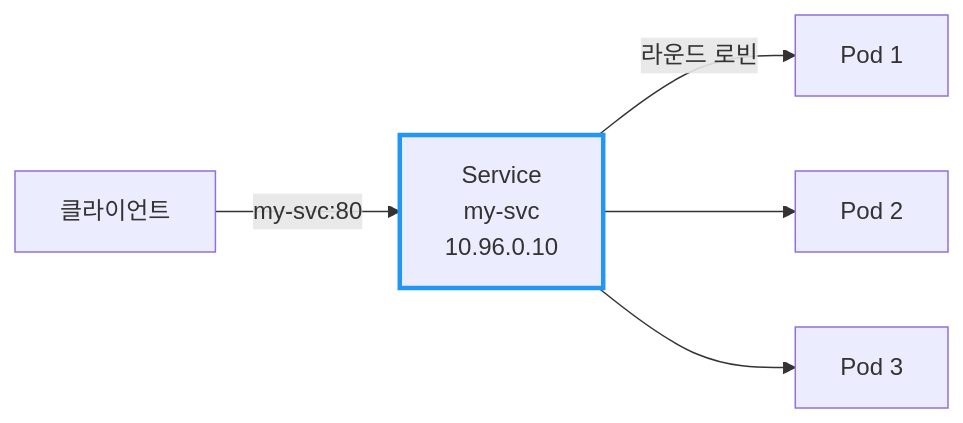
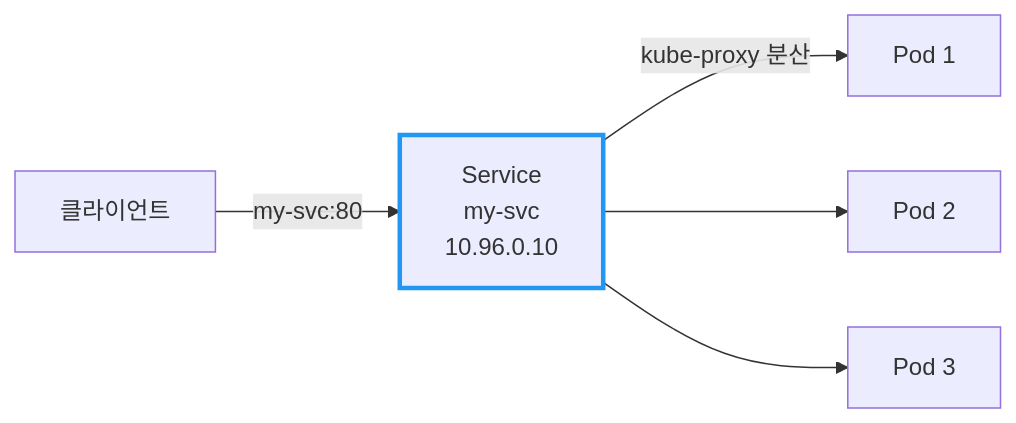
Before and after one commit to sskim91/TIL: the third of 16 diagrams in kubernetes/Kubernetes-Service-ClusterIP-NodePort-LoadBalancer.md, drawn with Mermaid. The commit also changed other lines of this file and 9 other files, not shown here.

````diff
--- a/kubernetes/Kubernetes-Service-ClusterIP-NodePort-LoadBalancer.md
+++ b/kubernetes/Kubernetes-Service-ClusterIP-NodePort-LoadBalancer.md
@@ -80,9 +80,9 @@
 ```mermaid
 flowchart LR
     Client[클라이언트] -->|"my-svc:80"| SVC[Service<br>my-svc<br>10.96.0.10]
-    SVC -->|"라운드 로빈"| P1[Pod 1]
+    SVC -->|"kube-proxy 분산"| P1[Pod 1]
     SVC --> P2[Pod 2]
     SVC --> P3[Pod 3]
 
     style SVC stroke:#2196F3,stroke-width:3px
 ```
````
